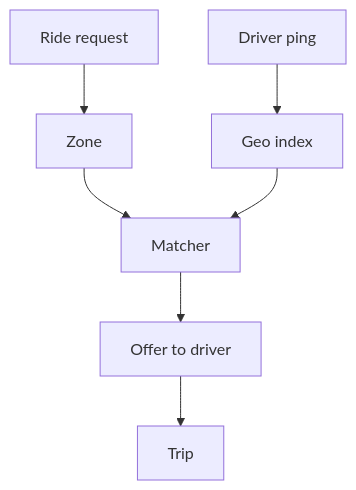
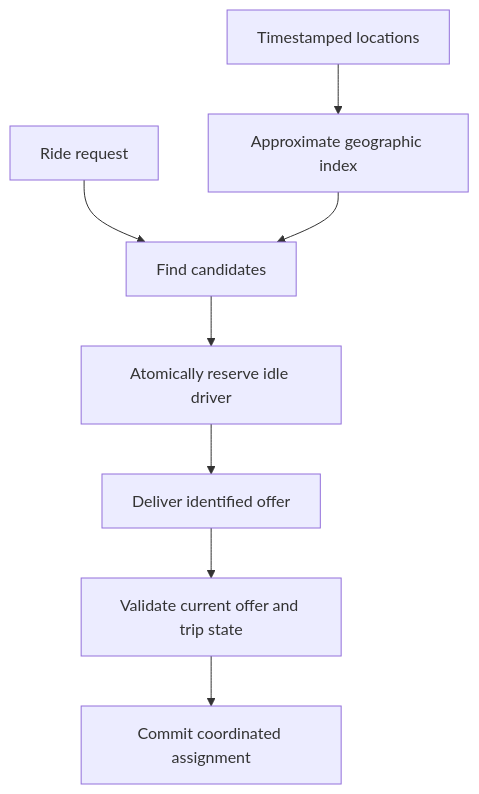
Before and after one commit to jdodsoncollins/study-material: the diagram in lessons/system-design/cases/ride-hailing/viz/match.md, drawn with Mermaid. The commit also changed 175 other files, not shown here.

````diff
--- a/lessons/system-design/cases/ride-hailing/viz/match.md
+++ b/lessons/system-design/cases/ride-hailing/viz/match.md
@@ -3,9 +3,10 @@
 ```mermaid
 flowchart TB
-  ping[Driver ping] --> geo[Geo index]
-  ride[Ride request] --> zone[Zone]
-  zone --> match[Matcher]
+  ping[Timestamped locations] --> geo[Approximate geographic index]
+  ride[Ride request] --> match[Find candidates]
   geo --> match
-  match --> offer[Offer to driver]
-  offer --> trip[Trip]
+  match --> reserve[Atomically reserve idle driver]
+  reserve --> offer[Deliver identified offer]
+  offer --> accept[Validate current offer and trip state]
+  accept --> trip[Commit coordinated assignment]
 ```
````
